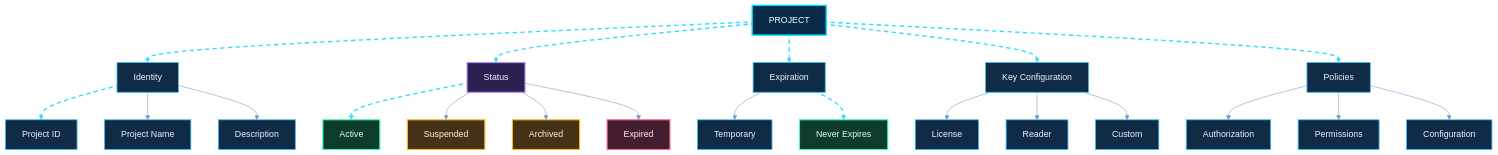
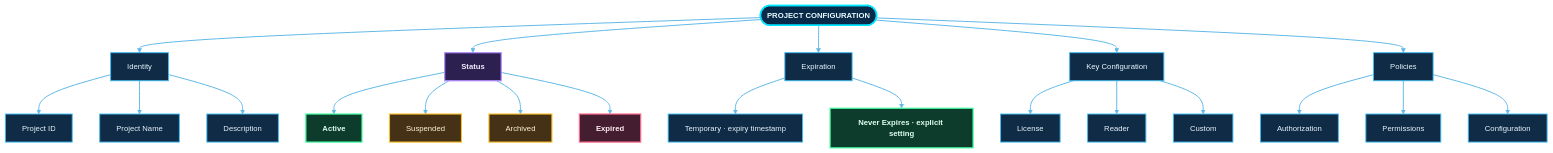
Before and after one commit to shajeduzzamanenan992008inc/NexOra-Database-key-Gen: the sixth of 23 diagrams in README.md, drawn with Mermaid. The commit also changed other lines of this file, not shown here.

````diff
--- a/README.md
+++ b/README.md
@@ -694,50 +687,48 @@
 ```mermaid
-%%{init: {"theme":"base","themeVariables":{"darkMode":true,"background":"#07111f","primaryColor":"#102744","primaryTextColor":"#e8f7ff","primaryBorderColor":"#00d9ff","lineColor":"#7297c8","secondaryColor":"#261d45","secondaryTextColor":"#f3eaff","secondaryBorderColor":"#a78bfa","tertiaryColor":"#12332b","tertiaryTextColor":"#e0fff1","tertiaryBorderColor":"#41e6a2","fontFamily":"Inter, Segoe UI, sans-serif","edgeLabelBackground":"#101d34","mainBkg":"#102744","nodeBorder":"#00d9ff","clusterBkg":"#0b1930","clusterBorder":"#6f7dff","actorBkg":"#102744","actorBorder":"#00d9ff","actorTextColor":"#e8f7ff","signalColor":"#64d8ff","signalTextColor":"#e8f7ff","noteBkgColor":"#0e332b","noteBorderColor":"#41e6a2","noteTextColor":"#e0fff1"}}}%%
+%%{init: {"theme":"base","themeVariables":{"darkMode":true,"background":"#07111f","primaryColor":"#102744","primaryTextColor":"#e8f7ff","primaryBorderColor":"#00d9ff","lineColor":"#62b9e8","secondaryColor":"#261d45","secondaryTextColor":"#f3eaff","secondaryBorderColor":"#a78bfa","tertiaryColor":"#12332b","tertiaryTextColor":"#e0fff1","tertiaryBorderColor":"#41e6a2","fontFamily":"Inter, Segoe UI, sans-serif","fontSize":"14px","edgeLabelBackground":"#101d34","mainBkg":"#102744","nodeBorder":"#00d9ff","clusterBkg":"#0b1930","clusterBorder":"#6f7dff","actorBkg":"#102744","actorBorder":"#00d9ff","actorTextColor":"#e8f7ff","signalColor":"#64d8ff","signalTextColor":"#e8f7ff","noteBkgColor":"#0e332b","noteBorderColor":"#41e6a2","noteTextColor":"#e0fff1"}}}%%
 flowchart TB
-    PJ["PROJECT"] nx06e01@--> ID["Identity"]
-    PJ nx06e02@--> ST["Status"]
-    PJ nx06e03@--> EX["Expiration"]
-    PJ nx06e04@--> KC["Key Configuration"]
-    PJ nx06e05@--> PO["Policies"]
+    PROJECT(["PROJECT CONFIGURATION"]) --> ID["Identity"]
+    PROJECT --> STATUS["Status"]
+    PROJECT --> EXP["Expiration"]
+    PROJECT --> KEYCFG["Key Configuration"]
+    PROJECT --> POLICY["Policies"]
 
-    ID nx06e06@--> ID1["Project ID"]
+    ID --> ID1["Project ID"]
     ID --> ID2["Project Name"]
     ID --> ID3["Description"]
 
-    ST nx06e07@--> ST1["Active"]
-    ST --> ST2["Suspended"]
-    ST --> ST3["Archived"]
-    ST --> ST4["Expired"]
+    STATUS --> S1["Active"]
+    STATUS --> S2["Suspended"]
+    STATUS --> S3["Archived"]
+    STATUS --> S4["Expired"]
 
-    EX --> EX1["Temporary"]
-    EX nx06e08@--> EX2["Never Expires"]
+    EXP --> E1["Temporary · expiry timestamp"]
+    EXP --> E2["Never Expires · explicit setting"]
 
-    KC --> KC1["License"]
-    KC --> KC2["Reader"]
-    KC --> KC3["Custom"]
+    KEYCFG --> K1["License"]
+    KEYCFG --> K2["Reader"]
+    KEYCFG --> K3["Custom"]
 
-    PO --> PO1["Authorization"]
-    PO --> PO2["Permissions"]
-    PO --> PO3["Configuration"]
+    POLICY --> P1["Authorization"]
+    POLICY --> P2["Permissions"]
+    POLICY --> P3["Configuration"]
 
-    %% OMEGA NEX-ORA visual classes
-    %% OMEGA NEX-ORA / ULTRA NEON PALETTE
-    classDef nxCore fill:#092b49,stroke:#00e5ff,stroke-width:2.5px,color:#e9fbff;
-    classDef nxProcess fill:#102b45,stroke:#3dbcf5,stroke-width:1.5px,color:#e9f6ff;
-    classDef nxDecision fill:#2b2050,stroke:#b38cff,stroke-width:2px,color:#f3edff;
-    classDef nxSuccess fill:#0d3b2c,stroke:#3fffa0,stroke-width:2px,color:#e0fff0;
-    classDef nxDanger fill:#451d30,stroke:#ff6688,stroke-width:2px,color:#fff0f3;
+
+    %% OMEGA NEX-ORA · ULTRA NEON DESIGN SYSTEM
+    classDef nxCore fill:#092b49,stroke:#00e5ff,stroke-width:2.8px,color:#e9fbff,font-weight:bold;
+    classDef nxProcess fill:#102b45,stroke:#3dbcf5,stroke-width:1.7px,color:#e9f6ff;
+    classDef nxDecision fill:#2b2050,stroke:#b38cff,stroke-width:2.2px,color:#f3edff,font-weight:bold;
+    classDef nxSuccess fill:#0d3b2c,stroke:#3fffa0,stroke-width:2.2px,color:#e0fff0,font-weight:bold;
+    classDef nxDanger fill:#451d30,stroke:#ff6688,stroke-width:2.2px,color:#fff0f3,font-weight:bold;
     classDef nxData fill:#12352d,stroke:#63e6be,stroke-width:2px,color:#e1fff5;
     classDef nxExternal fill:#2b2149,stroke:#c4a5ff,stroke-width:2px,color:#f3ecff;
     classDef nxInfo fill:#17253e,stroke:#91a7c9,stroke-width:1.5px,color:#e5efff;
     classDef nxWarning fill:#453116,stroke:#fbbf24,stroke-width:2px,color:#fff6d6;
-    %% Moving dashed route: Mermaid applies this class to explicitly identified edges.
-    classDef nxAnimated stroke:#35dcff,stroke-width:2.5px,stroke-dasharray:8\,6,stroke-dashoffset:1000,animation:dash 24s linear infinite;
-    class PJ nxCore;
-    class ID,EX,KC,PO,ID1,ID2,ID3,EX1,KC1,KC2,KC3,PO1,PO2,PO3 nxProcess;
-    class ST nxDecision;
-    class ST1,EX2 nxSuccess;
-    class ST2,ST3 nxWarning;
-    class ST4 nxDanger;
-    class nx06e01,nx06e02,nx06e03,nx06e04,nx06e05,nx06e06,nx06e07,nx06e08 nxAnimated;
+    linkStyle default stroke:#62b9e8,stroke-width:1.8px;
+    class PROJECT nxCore;
+    class ID,EXP,KEYCFG,POLICY,ID1,ID2,ID3,E1,K1,K2,K3,P1,P2,P3 nxProcess;
+    class STATUS nxDecision;
+    class S1,E2 nxSuccess;
+    class S2,S3 nxWarning;
+    class S4 nxDanger;
 ```
````
